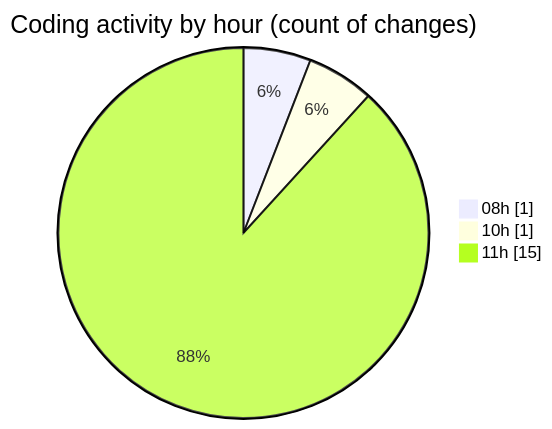
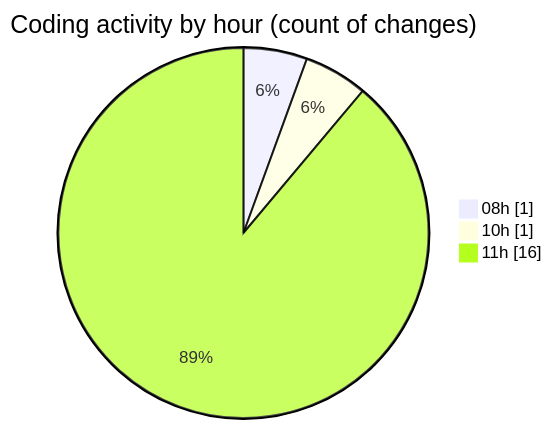
Before and after one commit to ricardozamudiocil/code-tracking: the second of 2 diagrams in 2026-04-07/cilapp/README.md, drawn with Mermaid. The commit also changed other lines of this file and 1 other file, not shown here.

````diff
--- a/2026-04-07/cilapp/README.md
+++ b/2026-04-07/cilapp/README.md
@@ -32,7 +32,7 @@
 ```mermaid
 pie showData
 title Coding activity by hour (count of changes)
 "08h" : 1
 "10h" : 1
-"11h" : 15
+"11h" : 16
 ```
````
